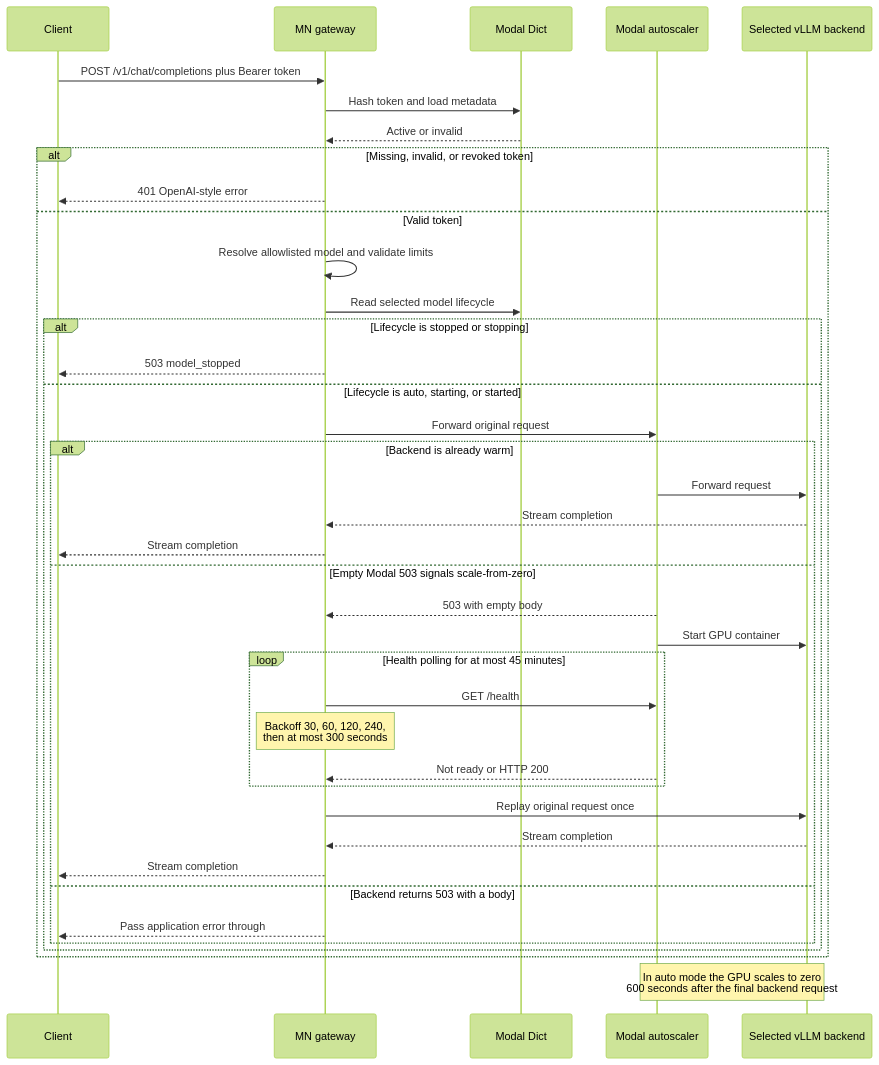
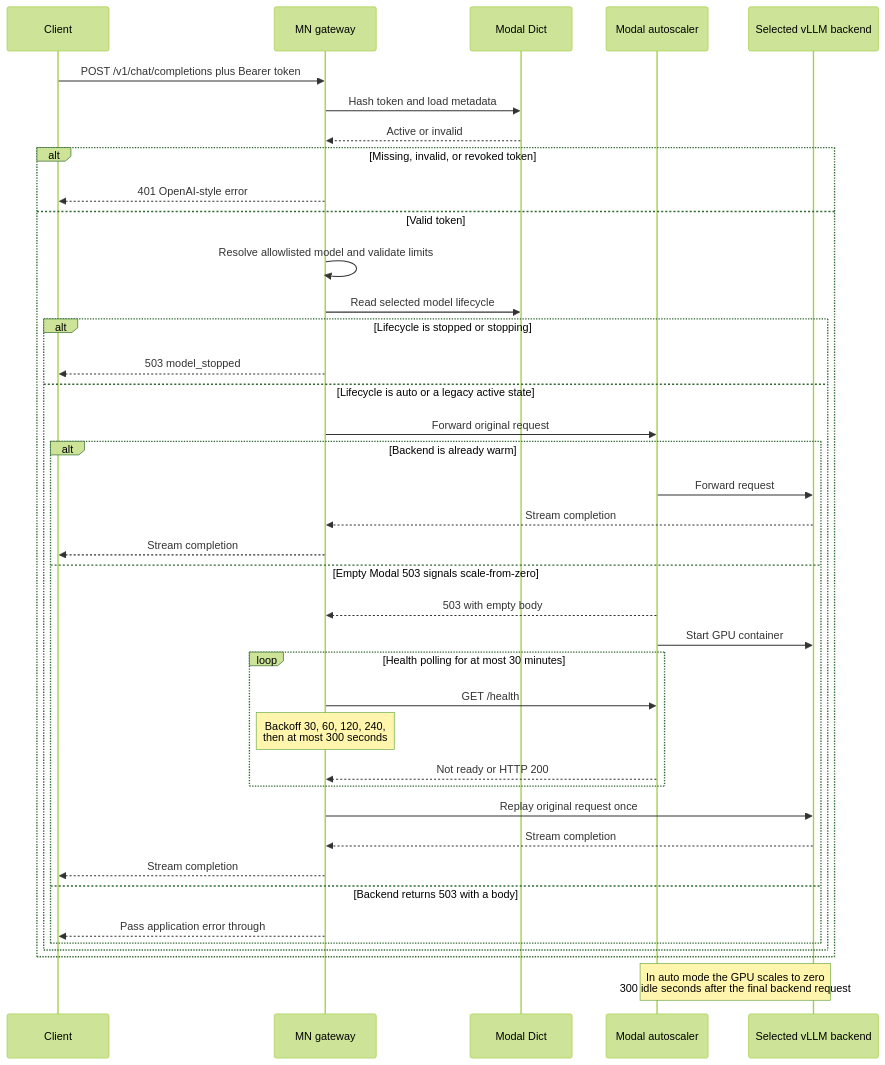
One commit to eminogrande/mn-uncensored changed the second of 8 diagrams in README.md. Above: the diagram before and after it, drawn with Mermaid (forest theme). The commit also changed other lines of this file and 14 other files, not shown here.

````diff
--- a/README.md
+++ b/README.md
@@ -174,46 +185,46 @@
 ```mermaid
 sequenceDiagram
     participant Client
     participant Gateway as MN gateway
     participant State as Modal Dict
     participant Modal as Modal autoscaler
     participant vLLM as Selected vLLM backend
 
     Client->>Gateway: POST /v1/chat/completions plus Bearer token
     Gateway->>State: Hash token and load metadata
     State-->>Gateway: Active or invalid
 
     alt Missing, invalid, or revoked token
         Gateway-->>Client: 401 OpenAI-style error
     else Valid token
         Gateway->>Gateway: Resolve allowlisted model and validate limits
         Gateway->>State: Read selected model lifecycle
 
         alt Lifecycle is stopped or stopping
             Gateway-->>Client: 503 model_stopped
-        else Lifecycle is auto, starting, or started
+        else Lifecycle is auto or a legacy active state
             Gateway->>Modal: Forward original request
 
             alt Backend is already warm
                 Modal->>vLLM: Forward request
                 vLLM-->>Gateway: Stream completion
                 Gateway-->>Client: Stream completion
             else Empty Modal 503 signals scale-from-zero
                 Modal-->>Gateway: 503 with empty body
                 Modal->>vLLM: Start GPU container
-                loop Health polling for at most 45 minutes
+                loop Health polling for at most 30 minutes
                     Gateway->>Modal: GET /health
                     Note over Gateway: Backoff 30, 60, 120, 240,<br/>then at most 300 seconds
                     Modal-->>Gateway: Not ready or HTTP 200
                 end
                 Gateway->>vLLM: Replay original request once
                 vLLM-->>Gateway: Stream completion
                 Gateway-->>Client: Stream completion
             else Backend returns 503 with a body
                 Gateway-->>Client: Pass application error through
             end
         end
     end
 
-    Note over Modal,vLLM: In auto mode the GPU scales to zero<br/>600 seconds after the final backend request
+    Note over Modal,vLLM: In auto mode the GPU scales to zero<br/>300 idle seconds after the final backend request
 ```
````
